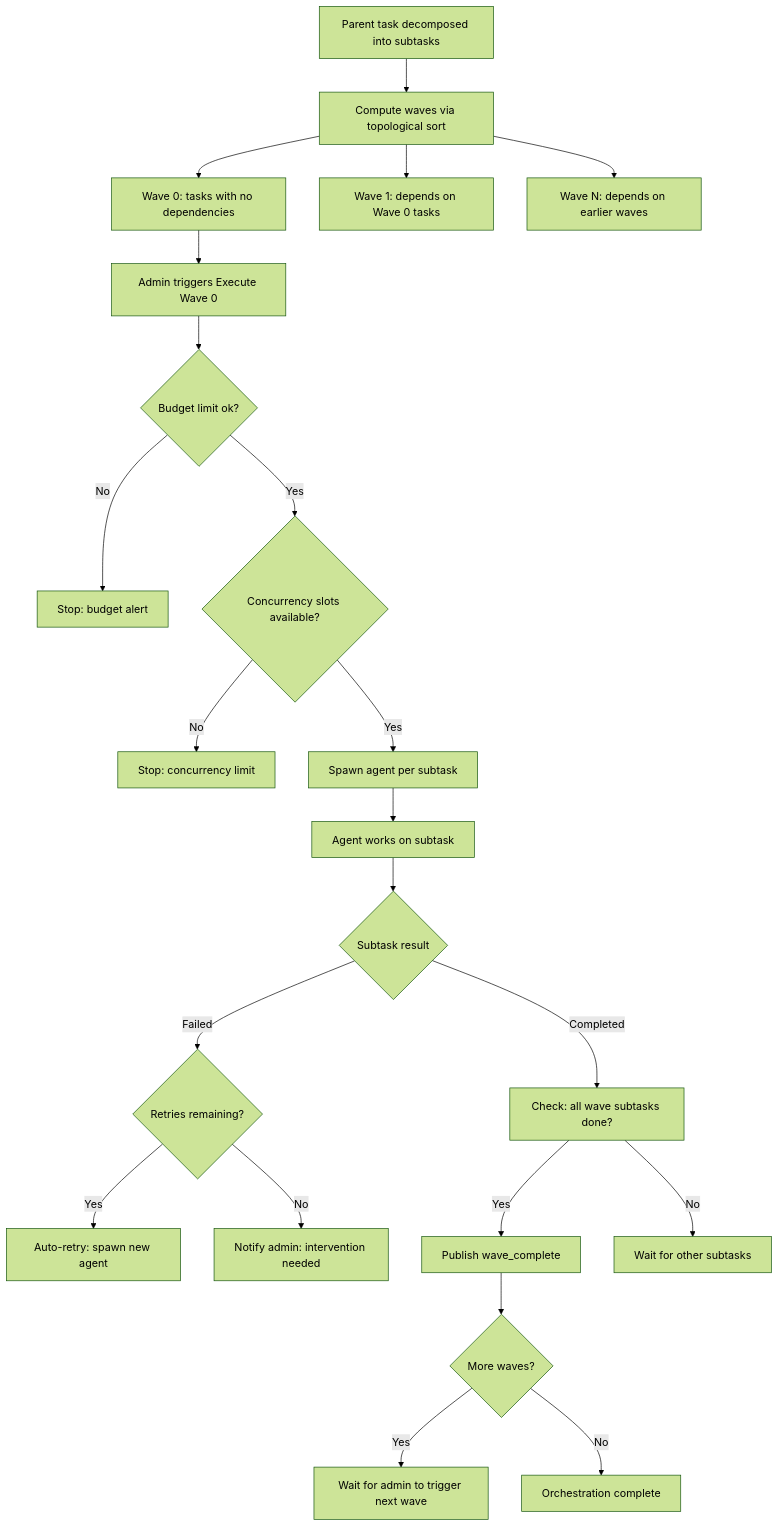
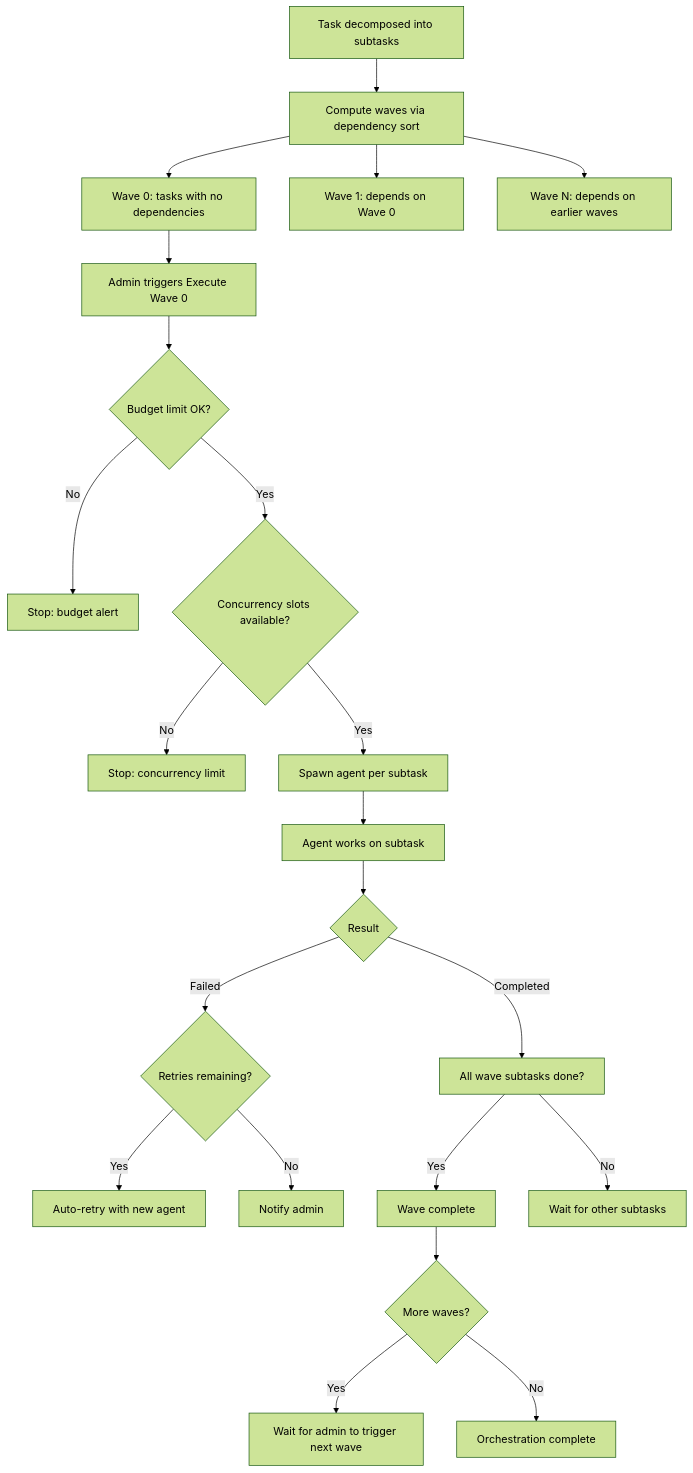
One commit to golem15com/gxv-docs changed the second of 2 diagrams in docs/concepts/tasks.md. Above: the diagram before and after it, drawn with Mermaid (forest theme). The commit also changed other lines of this file and 31 other files, not shown here.

````diff
--- a/docs/concepts/tasks.md
+++ b/docs/concepts/tasks.md
@@ -120,26 +98,26 @@
 ```mermaid
 flowchart TD
-    A[Parent task decomposed into subtasks] --> B[Compute waves via topological sort]
+    A[Task decomposed into subtasks] --> B[Compute waves via dependency sort]
     B --> C[Wave 0: tasks with no dependencies]
-    B --> D[Wave 1: depends on Wave 0 tasks]
+    B --> D[Wave 1: depends on Wave 0]
     B --> E[Wave N: depends on earlier waves]
 
     C --> F[Admin triggers Execute Wave 0]
-    F --> G{Budget limit ok?}
+    F --> G{Budget limit OK?}
     G -->|No| H[Stop: budget alert]
     G -->|Yes| I{Concurrency slots available?}
     I -->|No| J[Stop: concurrency limit]
     I -->|Yes| K[Spawn agent per subtask]
 
     K --> L[Agent works on subtask]
-    L --> M{Subtask result}
-    M -->|Completed| N[Check: all wave subtasks done?]
+    L --> M{Result}
+    M -->|Completed| N[All wave subtasks done?]
     M -->|Failed| O{Retries remaining?}
-    O -->|Yes| P[Auto-retry: spawn new agent]
-    O -->|No| Q[Notify admin: intervention needed]
-    N -->|Yes| R[Publish wave_complete]
+    O -->|Yes| P[Auto-retry with new agent]
+    O -->|No| Q[Notify admin]
+    N -->|Yes| R[Wave complete]
     N -->|No| S[Wait for other subtasks]
     R --> T{More waves?}
     T -->|Yes| U[Wait for admin to trigger next wave]
     T -->|No| V[Orchestration complete]
 ```
````
